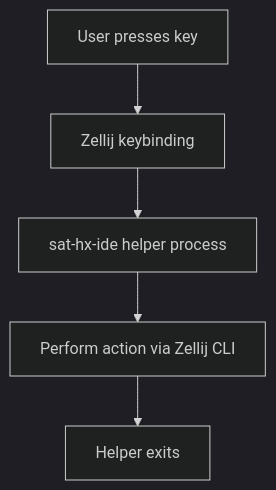
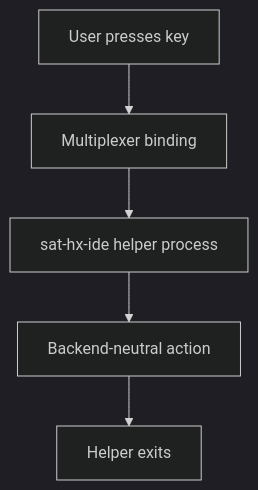
Before and after one commit to vlevasseur073/sat-helix-ide: the first of 3 diagrams in book/src/architecture.md, drawn with Mermaid (dark theme). The commit also changed other lines of this file and 10 other files, not shown here.

````diff
--- a/book/src/architecture.md
+++ b/book/src/architecture.md
@@ -18,13 +18,13 @@
 ```mermaid
 flowchart TB
     User[User presses key]
-    Zellij[Zellij keybinding]
+    Mux[Multiplexer binding]
     Helper[sat-hx-ide helper process]
-    Action[Perform action via Zellij CLI]
+    Action[Backend-neutral action]
     Exit[Helper exits]
 
-    User --> Zellij
-    Zellij --> Helper
+    User --> Mux
+    Mux --> Helper
     Helper --> Action
     Action --> Exit
 ```
````
